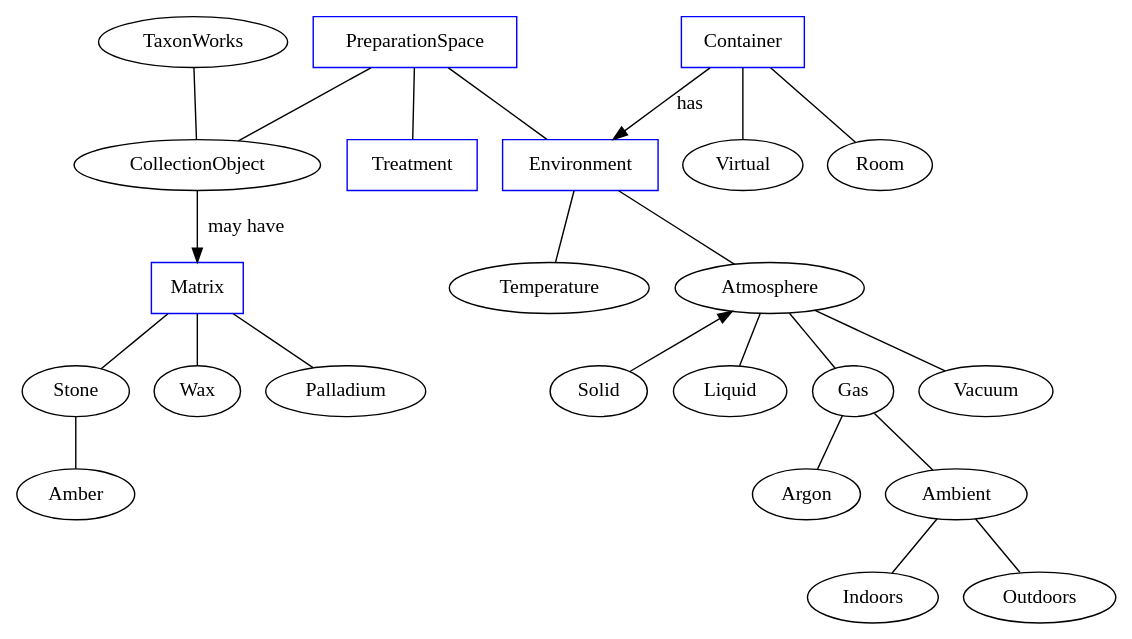
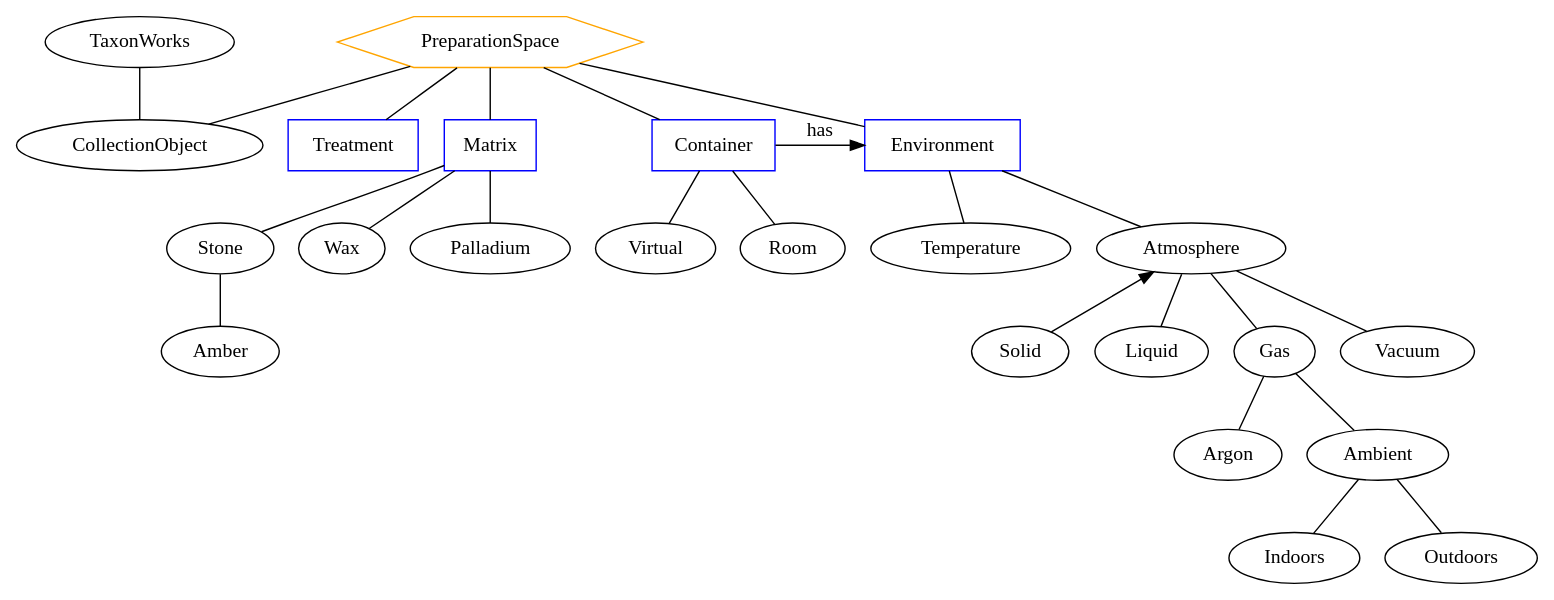
The diagram in concepts/preparation.dot (SpeciesFileGroup/taxonworks_doc), drawn with Graphviz before and after one commit. The commit also changed other lines of this file, not shown here.

Commit message:
organize layouts, more modelling observations

```diff
--- a/concepts/preparation.dot
+++ b/concepts/preparation.dot
@@ -1,105 +1,107 @@
 # Brainstorming "Preparation" 
 #
 # Observations:
 # * 1 - Matrix should be used as inward out, and environment should be outward in. 
 # * 2 - Matrix is a un-detachable property of the CollectionObject, i.e. if you move the Matrix, you always move the CollectionObject
 # * 3 - Matrix is geological, but also things like Palladium, Wax block, etc.
 # * 4 - Environment is a property of the container.
 # * 5 - Only Matrix is an attribute of the *current* physical state of the CollectionObject.  All other attributes should be tied to Thins that are *not* the collection object
 # * 5 - Given 2, we should favour outward-in approaches for environment (CollectionObject in some Container has_some Environment)
-# * 4 - There is a history of operations that change the physical nature of the CollectionObject, these should be captured in a Protocol (Treatment being a subclass of sorts in TW). Nothing about the CollectionObject's *current* physical nature should be stored as metadata in the Protocol.  For example, if the Protocol ends with the CollectionObject having some physical property then that physical property should be "duplicated" as a property of the _present_ CollectionObject?!
-#
+# * 6 - There is a history of operations that change the physical nature of the CollectionObject, these should be captured in a Protocol (Treatment being a subclass of sorts in TW). Nothing about the CollectionObject's *current* physical nature should be stored as metadata in the Protocol.  For example, if the Protocol ends with the CollectionObject having some physical property then that physical property should be "duplicated" as a property of the _present_ CollectionObject?!
+# * 7 - If Matrix is shared between CollectionObjects (e.g. many inclusions) then it needs to be a container.
 #
 graph  {
 # Concepts
-  TaxonWorks
-  CollectionObject 
+TaxonWorks
+CollectionObject 
+PreparationSpace [shape=hexagon color=orange]
 
-subgraph concepts {
-  node [shape=rectangle color=blue]
 
-  PreparationSpace
+subgraph preparation_space {
+  node [shape=rectangle color=blue] rank=same
 
   # Treatment
   # The treatment is the process of physically altering the specimen _by a curator_ prior to the CollectionObjects current physical state.
   # Current proxy: Protocol.
   # Target implementation: Protocol, ProtocolSteps
   Treatment
+
+  # Matrix 
+  # The matrix is the immediate surrounding of the CollectionObject, what surrounds it.
+  # Current proxy: Preparation type label
+  # Target implementation: `matrix` attribute on PreparationSpace drawn from Matrix ontology/CVT
+  Matrix
 
   # Container
   # A physical (with one exception) that "localized" collection objects.  "Localizes": if you find the container, the probability of finding the specimen increases. Containers nest if a) it is physically possible and b) by nesting the probability of finding the CollectionObject increases.
   # Current proxy: Container, see https://rdoc.taxonworks.org/Container.html
   # Target implementation: Container (ontology)
   Container
 
   # Proximity
   # Proximity is temporary attribute to indicate the difference between "Bulk" and non-bulk assertions
   # Current proxy: Preparation type label
   # Target implementation: inferred, not asserted by inspection of CollectionObject#total and Container
   # Proximity
 
-  # Matrix 
-  # The matrix is the immediate surrounding of the CollectionObject, what surrounds it.
-  # Current proxy: Preparation type label
-  # Target implementation: `matrix` attribute on PreparationSpace drawn from Matrix ontology/CVT
-  Matrix
-
   # Environment 
   # The Environment is the sum of the attributes that describe the the space within, or encompassing the Container the CollectionObject is in.
   # Current proxy: Preparation type label.
   # Target implementation: `environment` attribute on PreparationSpace
   Environment
+
 }
 
 # Preparation space
 TaxonWorks -- CollectionObject
+PreparationSpace -- Matrix 
 PreparationSpace -- CollectionObject 
 PreparationSpace -- Treatment
-PreparationSpace -- Environment 
+PreparationSpace -- Environment
+PreparationSpace -- Container
 Container -- Environment [label="has" dir="forward"] 
-CollectionObject -- Matrix [label="may have" dir="forward"]
 
 subgraph containers {
   Virtual [URL="https://rdoc.taxonworks.org/Container/Virtual.html"]
   Container --  Virtual
   Container -- Room
 }
 
 subgraph matrix {
   Amber
   Stone
   Wax
   Palladium
 
   Matrix -- Wax
   Matrix -- Stone
   Stone -- Amber
   Matrix -- Palladium
 }
 
 subgraph environments {
   # Concepts
   Temperature
   Atmosphere
   Solid
   Liquid
   Gas 
   Vacuum
 
   Environment -- Temperature
   Environment -- Atmosphere
 
   Atmosphere -- Solid [dir="back"]
   Atmosphere -- Liquid
   Atmosphere -- Gas
   Atmosphere -- Vacuum
 
   Gas -- Argon
   Gas -- Ambient
 
   Ambient -- Indoors
   Ambient -- Outdoors
 }
 
 
 }
```
